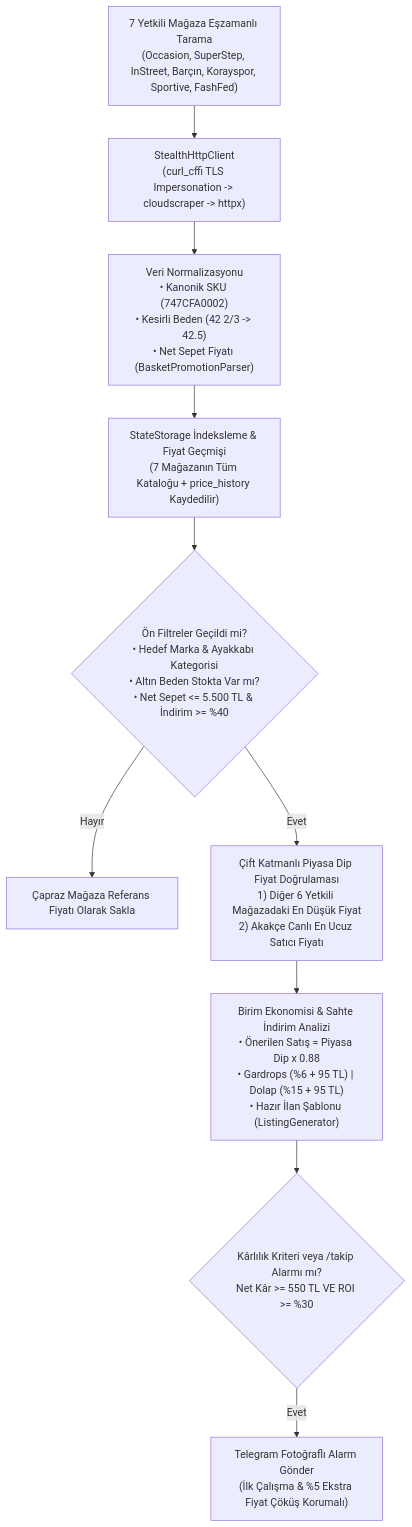
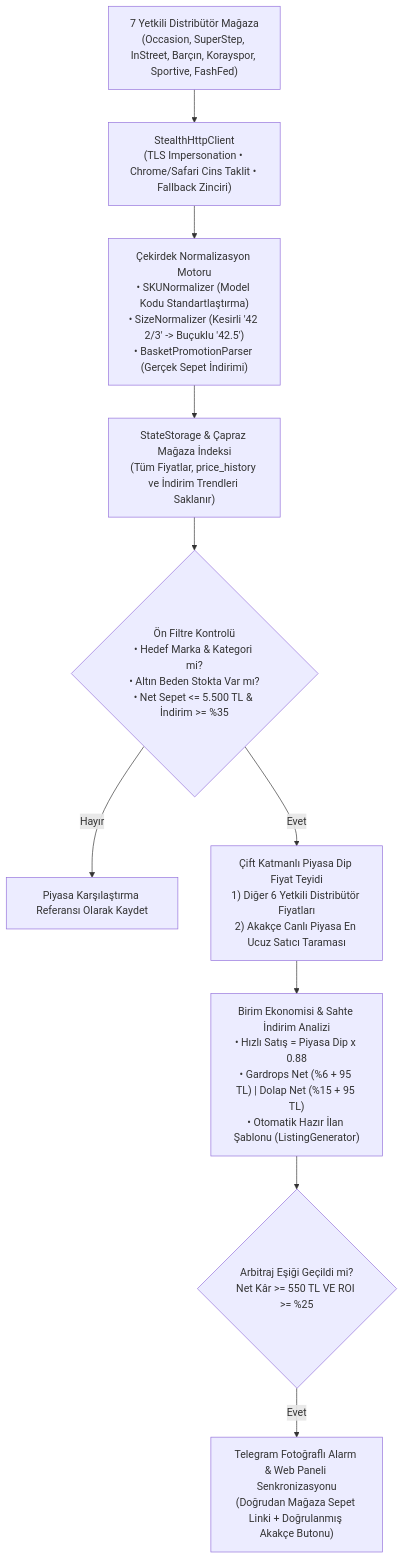
One commit to yukselyslcmn/arbitraj-botu changed the diagram in README.md. Above: the diagram before and after it, drawn with Mermaid. The commit also changed other lines of this file and 4 other files, not shown here.

````diff
--- a/README.md
+++ b/README.md
@@ -69,12 +39,12 @@
 ```mermaid
 flowchart TD
-    A["7 Yetkili Mağaza Eşzamanlı Tarama<br/>(Occasion, SuperStep, InStreet, Barçın, Korayspor, Sportive, FashFed)"] --> B["StealthHttpClient<br/>(curl_cffi TLS Impersonation -> cloudscraper -> httpx)"]
-    B --> C["Veri Normalizasyonu<br/>• Kanonik SKU (747CFA0002)<br/>• Kesirli Beden (42 2/3 -> 42.5)<br/>• Net Sepet Fiyatı (BasketPromotionParser)"]
-    C --> D["StateStorage İndeksleme & Fiyat Geçmişi<br/>(7 Mağazanın Tüm Kataloğu + price_history Kaydedilir)"]
-    D --> E{"Ön Filtreler Geçildi mi?<br/>• Hedef Marka & Ayakkabı Kategorisi<br/>• Altın Beden Stokta Var mı?<br/>• Net Sepet <= 5.500 TL & İndirim >= %40"}
-    E -- Hayır --> Z["Çapraz Mağaza Referans Fiyatı Olarak Sakla"]
-    E -- Evet --> F["Çift Katmanlı Piyasa Dip Fiyat Doğrulaması<br/>1) Diğer 6 Yetkili Mağazadaki En Düşük Fiyat<br/>2) Akakçe Canlı En Ucuz Satıcı Fiyatı"]
-    F --> G["Birim Ekonomisi & Sahte İndirim Analizi<br/>• Önerilen Satış = Piyasa Dip x 0.88<br/>• Gardrops (%6 + 95 TL) | Dolap (%15 + 95 TL)<br/>• Hazır İlan Şablonu (ListingGenerator)"]
-    G --> H{"Kârlılık Kriteri veya /takip Alarmı mı?<br/>Net Kâr >= 550 TL VE ROI >= %30"}
-    H -- Evet --> I["Telegram Fotoğraflı Alarm Gönder<br/>(İlk Çalışma & %5 Ekstra Fiyat Çöküş Korumalı)"]
+    A["7 Yetkili Distribütör Mağaza<br/>(Occasion, SuperStep, InStreet, Barçın, Korayspor, Sportive, FashFed)"] --> B["StealthHttpClient<br/>(TLS Impersonation • Chrome/Safari Cins Taklit • Fallback Zinciri)"]
+    B --> C["Çekirdek Normalizasyon Motoru<br/>• SKUNormalizer (Model Kodu Standartlaştırma)<br/>• SizeNormalizer (Kesirli '42 2/3' -> Buçuklu '42.5')<br/>• BasketPromotionParser (Gerçek Sepet İndirimi)"]
+    C --> D["StateStorage & Çapraz Mağaza İndeksi<br/>(Tüm Fiyatlar, price_history ve İndirim Trendleri Saklanır)"]
+    D --> E{"Ön Filtre Kontrolü<br/>• Hedef Marka & Kategori mi?<br/>• Altın Beden Stokta Var mı?<br/>• Net Sepet <= 5.500 TL & İndirim >= %35"}
+    E -- Hayır --> Z["Piyasa Karşılaştırma Referansı Olarak Kaydet"]
+    E -- Evet --> F["Çift Katmanlı Piyasa Dip Fiyat Teyidi<br/>1) Diğer 6 Yetkili Distribütör Fiyatları<br/>2) Akakçe Canlı Piyasa En Ucuz Satıcı Taraması"]
+    F --> G["Birim Ekonomisi & Sahte İndirim Analizi<br/>• Hızlı Satış = Piyasa Dip x 0.88<br/>• Gardrops Net (%6 + 95 TL) | Dolap Net (%15 + 95 TL)<br/>• Otomatik Hazır İlan Şablonu (ListingGenerator)"]
+    G --> H{"Arbitraj Eşiği Geçildi mi?<br/>Net Kâr >= 550 TL VE ROI >= %25"}
+    H -- Evet --> I["Telegram Fotoğraflı Alarm & Web Paneli Senkronizasyonu<br/>(Doğrudan Mağaza Sepet Linki + Doğrulanmış Akakçe Butonu)"]
 ```
````
